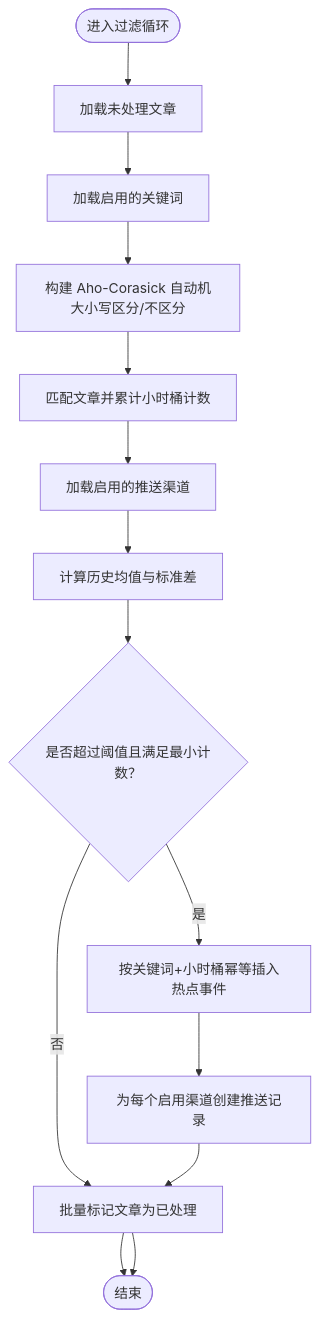
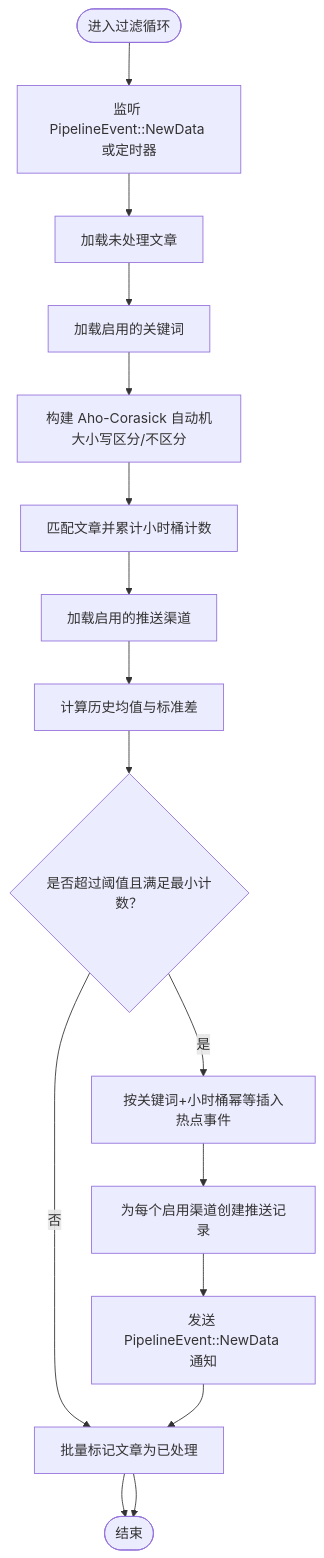
One commit to leimu-hue/AI-Trend-Tool changed the fifth of 8 diagrams in .qoder/repowiki/zh/content/项目概述.md. Above: the diagram before and after it, drawn with Mermaid. The commit also changed other lines of this file and 74 other files, not shown here.

````diff
--- a/.qoder/repowiki/zh/content/项目概述.md
+++ b/.qoder/repowiki/zh/content/项目概述.md
@@ -165,14 +234,16 @@
 ```mermaid
 flowchart TD
-Start(["进入过滤循环"]) --> LoadArticles["加载未处理文章"]
+Start(["进入过滤循环"]) --> Listen["监听 PipelineEvent::NewData 或定时器"]
+Listen --> LoadArticles["加载未处理文章"]
 LoadArticles --> LoadKeywords["加载启用的关键词"]
 LoadKeywords --> BuildAC["构建 Aho-Corasick 自动机大小写区分/不区分"]
 BuildAC --> Match["匹配文章并累计小时桶计数"]
 Match --> LoadChannels["加载启用的推送渠道"]
 LoadChannels --> Stats["计算历史均值与标准差"]
 Stats --> Threshold{"是否超过阈值且满足最小计数？"}
 Threshold --> |否| MarkProcessed["批量标记文章为已处理"] --> End(["结束"])
 Threshold --> |是| Upsert["按关键词+小时桶幂等插入热点事件"]
 Upsert --> CreateRecords["为每个启用渠道创建推送记录"]
-CreateRecords --> MarkProcessed --> End
+CreateRecords --> Notify["发送 PipelineEvent::NewData 通知"]
+Notify --> MarkProcessed --> End
 ```
````
